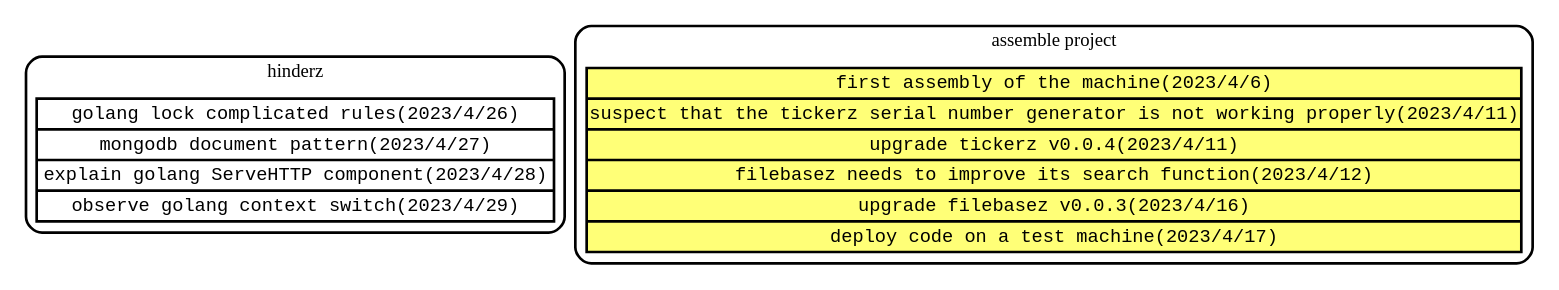
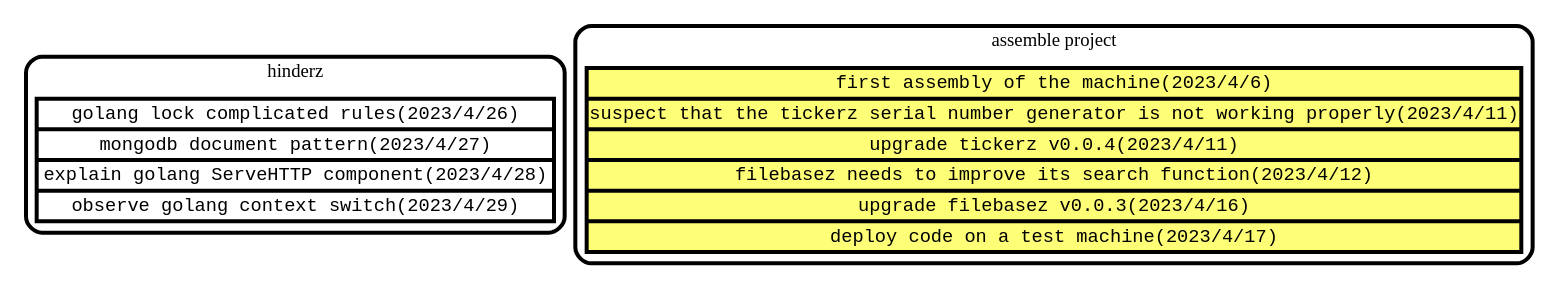
Before and after one commit to panhongrainbow/panhongrainbow.github.io: the diagram in roadmap/subRoadmaps/04projectNode.dot, drawn with Graphviz. The commit also changed 13 other files, not shown here.

First line of the commit message:
[roadmap] records work on May 9, 2023 and May 4, 2023.

```diff
--- a/roadmap/subRoadmaps/04projectNode.dot
+++ b/roadmap/subRoadmaps/04projectNode.dot
@@ -1,33 +1,33 @@
 digraph SubRoadmap {
     // (4) project node
     node [shape=record, fontname="Courier New"];
 
     subgraph cluster_hinderz {
         label="hinderz";
         style=rounded;
-        penwidth=2;
-        node [style=filled, penwidth=2, fillcolor=white];
+        penwidth=3;
+        node [style=filled, penwidth=3, fillcolor=white];
         hinderzStack [label="{
             <note20230426>golang lock complicated rules(2023/4/26)|
             <note20230427>mongodb document pattern(2023/4/27)|
             <note20230428>explain golang ServeHTTP component(2023/4/28)|
             <note20230429>observe golang context switch(2023/4/29)
             }", height=1];
     }
 
 
     subgraph cluster_problems_discovered {
         label="assemble project";
         style=rounded;
-        penwidth=2;
-        node [style=filled, penwidth=2, fillcolor="#FFFF77"];
+        penwidth=3;
+        node [style=filled, penwidth=3, fillcolor="#FFFF77"];
         assembleProjectStack [label="{
             <note20230406>first assembly of the machine(2023/4/6)|
             <note20230411>suspect that the tickerz serial number generator is not working properly(2023/4/11)|
             <note202304111>upgrade tickerz v0.0.4(2023/4/11)|
             <note20230412>filebasez needs to improve its search function(2023/4/12)|
             <note20230416>upgrade filebasez v0.0.3(2023/4/16)|
             <note20230417>deploy code on a test machine(2023/4/17)
             }", height=1];
     }
 /*end*/}
```
